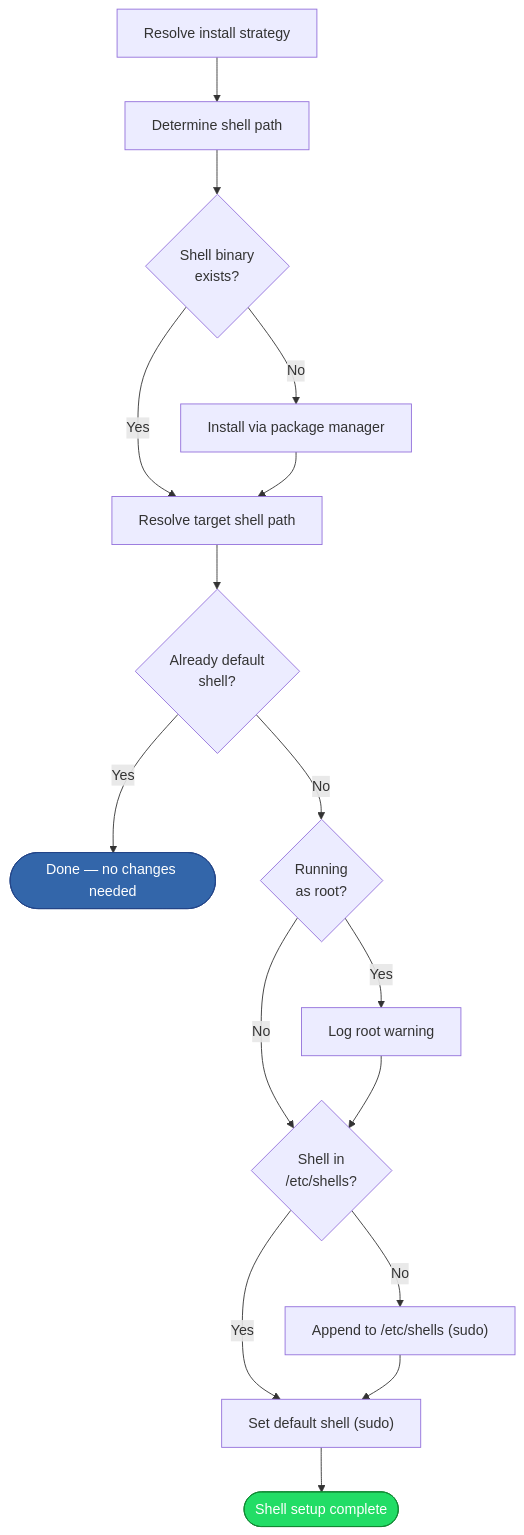
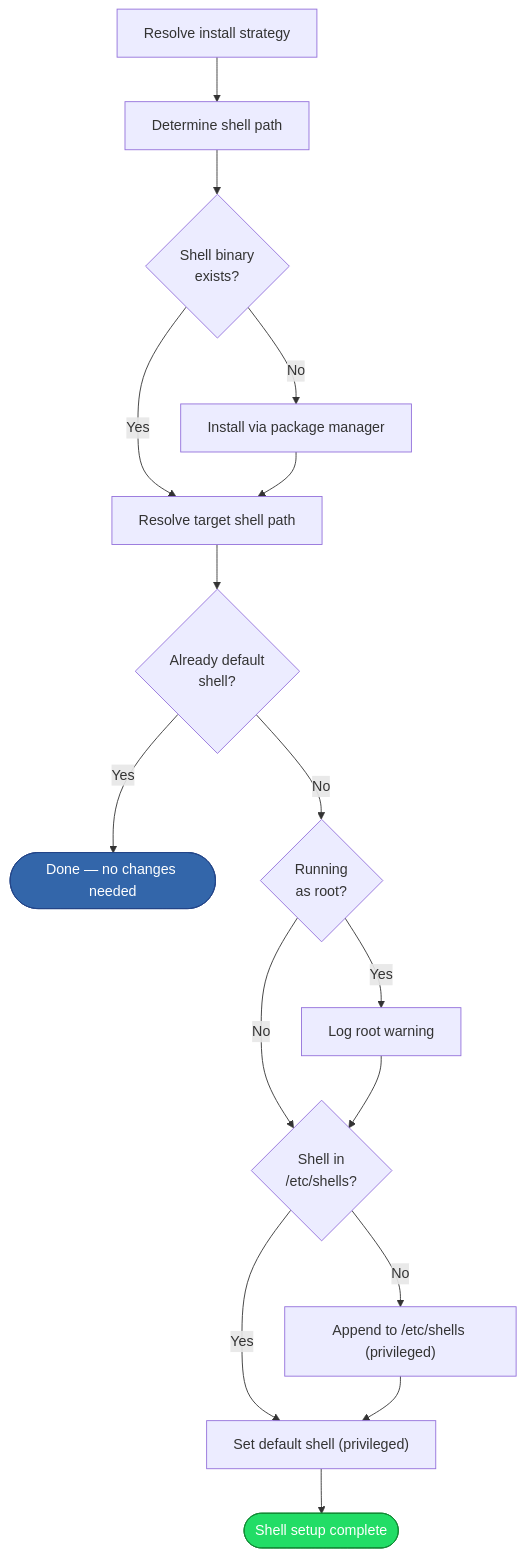
One commit to MrPointer/dotfiles changed the diagram in installer/docs/processes/shell-setup.md. Above: the diagram before and after it, drawn with Mermaid. The commit also changed other lines of this file and 16 other files, not shown here.

````diff
--- a/installer/docs/processes/shell-setup.md
+++ b/installer/docs/processes/shell-setup.md
@@ -20,21 +20,21 @@
 ```mermaid
 flowchart TD
     A[Resolve install strategy] --> B[Determine shell path]
     B --> C{Shell binary<br>exists?}
     C -- Yes --> D
     C -- No --> C1[Install via package manager]
     C1 --> D[Resolve target shell path]
     D --> E{Already default<br>shell?}
     E -- Yes --> Z([Done — no changes needed])
     E -- No --> F{Running<br>as root?}
     F -- Yes --> F1[Log root warning]
     F -- No --> G
     F1 --> G{Shell in<br>/etc/shells?}
     G -- Yes --> H
-    G -- No --> G1["Append to /etc/shells (sudo)"]
-    G1 --> H["Set default shell (sudo)"]
+    G -- No --> G1["Append to /etc/shells (privileged)"]
+    G1 --> H["Set default shell (privileged)"]
     H --> Z2([Shell setup complete])
 
     style Z fill:#36a,stroke:#248,color:#fff
     style Z2 fill:#2d6,stroke:#183,color:#fff
 ```
````
